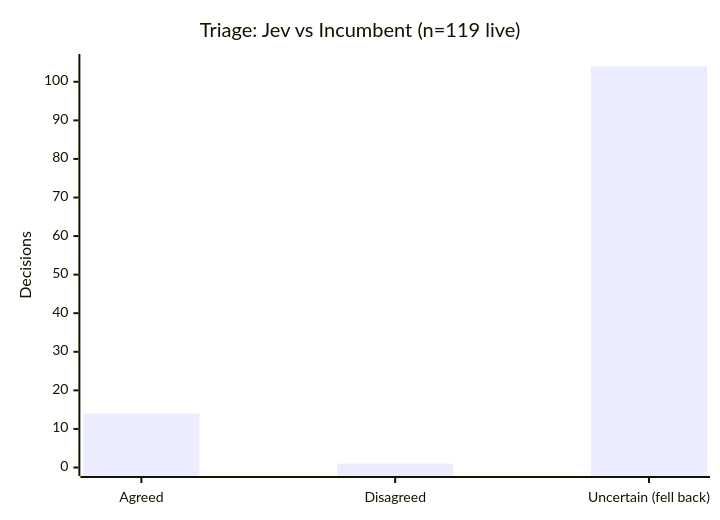
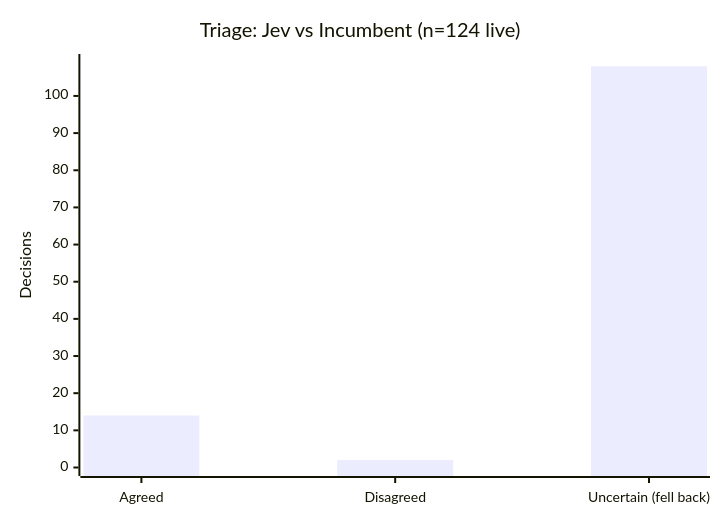
Before and after one commit to Sanctum-Origo-Systems/patina: the first of 4 diagrams in JEV.md, drawn with Mermaid. The commit also changed other lines of this file, not shown here.

Commit message:
chore: update jev report (2026-11-09) (#650)

````diff
--- a/JEV.md
+++ b/JEV.md
@@ -7,7 +9,7 @@
 ```mermaid
 xychart-beta
-    title "Triage: Jev vs Incumbent (n=119 live)"
+    title "Triage: Jev vs Incumbent (n=124 live)"
     x-axis ["Agreed", "Disagreed", "Uncertain (fell back)"]
-    y-axis "Decisions" 0 --> 105
-    bar [14, 1, 104]
+    y-axis "Decisions" 0 --> 109
+    bar [14, 2, 108]
 ```
````
